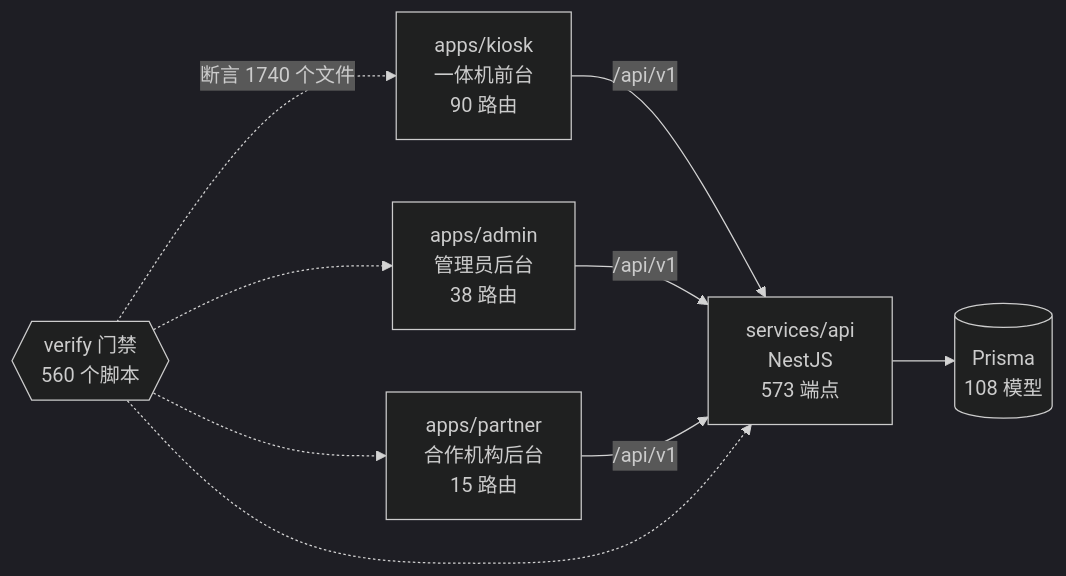
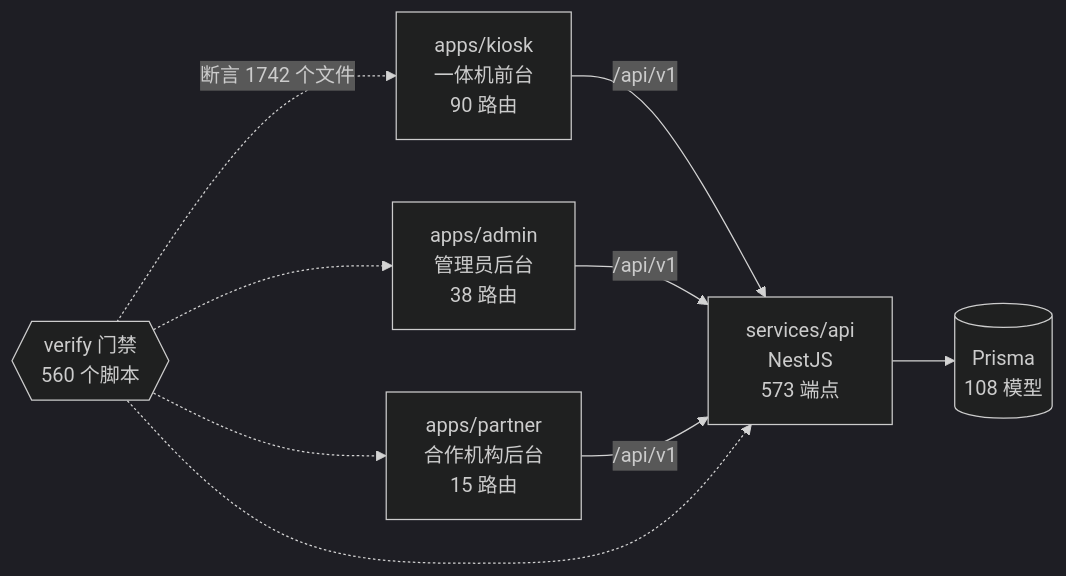
The diagram in docs/graph/README.md (wanglei581/YITIJI), drawn with Mermaid (dark theme) before and after one commit. The commit also changed other lines of this file and 3 other files, not shown here.

Commit message:
docs(progress): W-97 简历分段与姓名补回进度；重生图谱

````diff
--- a/docs/graph/README.md
+++ b/docs/graph/README.md
@@ -68,18 +68,18 @@
 ```mermaid
 flowchart LR
   kiosk["apps/kiosk<br/>一体机前台<br/>90 路由"]
   admin["apps/admin<br/>管理员后台<br/>38 路由"]
   partner["apps/partner<br/>合作机构后台<br/>15 路由"]
   api["services/api<br/>NestJS<br/>573 端点"]
   db[("Prisma<br/>108 模型")]
   gates{{"verify 门禁<br/>560 个脚本"}}
 
   kiosk -->|"/api/v1"| api
   admin -->|"/api/v1"| api
   partner -->|"/api/v1"| api
   api --> db
-  gates -.->|"断言 1740 个文件"| kiosk
+  gates -.->|"断言 1742 个文件"| kiosk
   gates -.-> admin
   gates -.-> partner
   gates -.-> api
 ```
````
